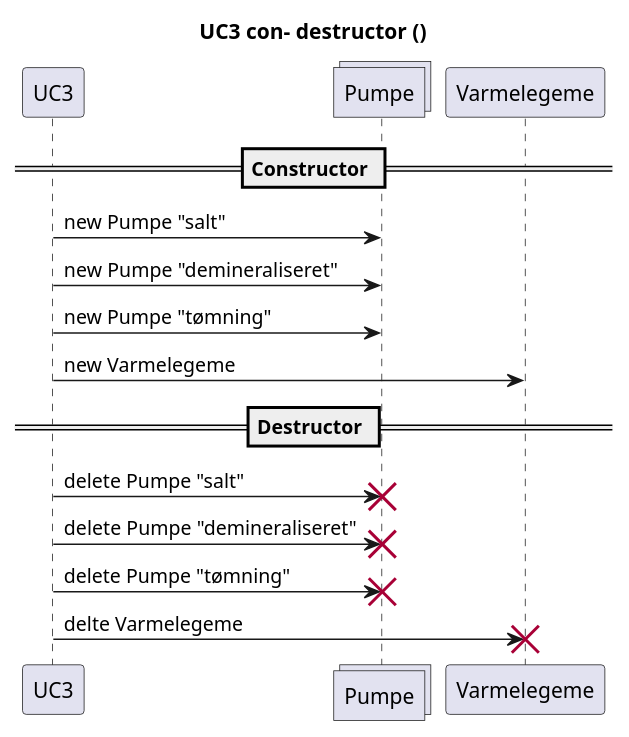
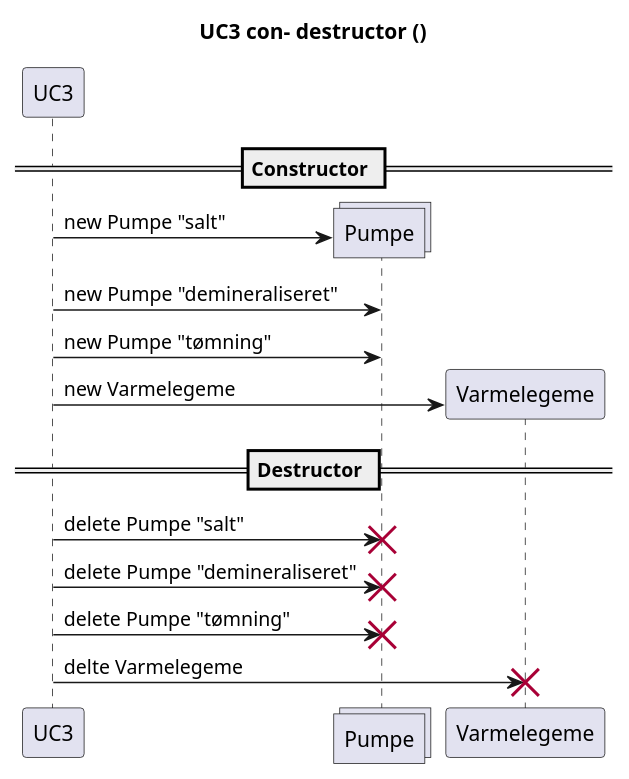
Before and after one commit to Solvgraa-mager/E4PRJ4: the diagram in Design/Akutuator enhed/Domnaemodel_AE/SD_AE_init_release.puml, drawn with PlantUML. The commit also changed 11 other files, not shown here.

```diff
--- a/Design/Akutuator enhed/Domnaemodel_AE/SD_AE_init_release.puml
+++ b/Design/Akutuator enhed/Domnaemodel_AE/SD_AE_init_release.puml
@@ -1,20 +1,22 @@
 @startuml SD_UC3_AE
 title UC3 con- destructor () 
 participant UC3
 collections Pumpe
 participant Varmelegeme
 
 == Constructor ==
+create Pumpe
 UC3 -> Pumpe : new Pumpe "salt"
 UC3 -> Pumpe : new Pumpe "demineraliseret"
 UC3 -> Pumpe : new Pumpe "tømning"
+create Varmelegeme
 UC3 -> Varmelegeme : new Varmelegeme
-
 
 == Destructor ==
 UC3 -> Pumpe !! : delete Pumpe "salt"
 UC3 -> Pumpe !! : delete Pumpe "demineraliseret"
 UC3 -> Pumpe !! : delete Pumpe "tømning"
+
 UC3 -> Varmelegeme !! : delte Varmelegeme
 
 @enduml
```
